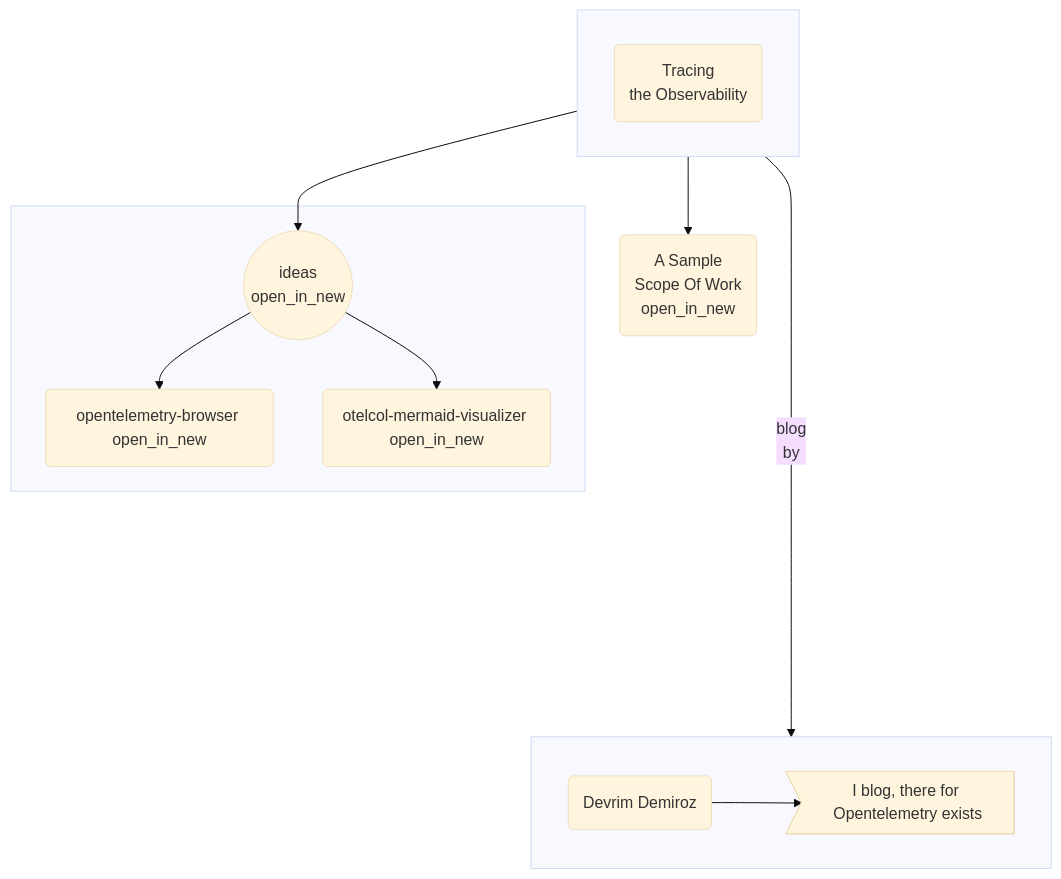
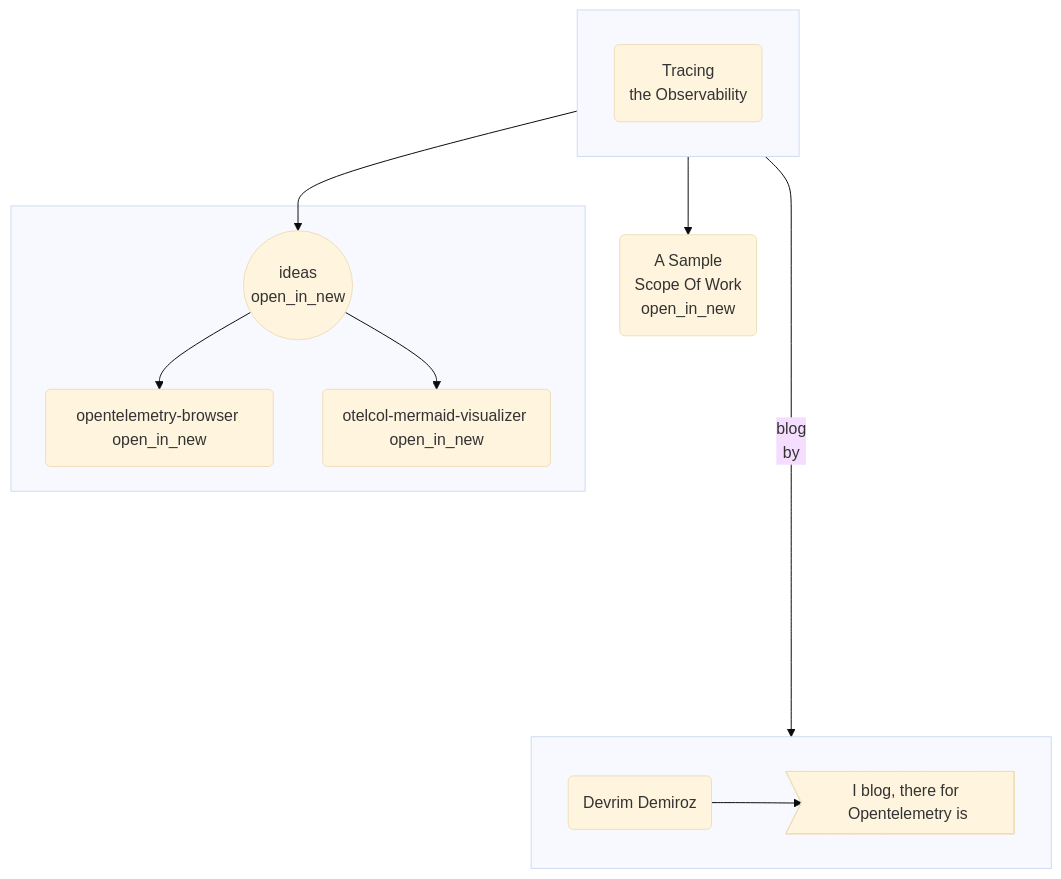
Before and after one commit to devrimdemiroz/devrimdemiroz.github.io: the diagram in docs/README.md, drawn with Mermaid (base theme).

````diff
--- a/docs/README.md
+++ b/docs/README.md
@@ -5,35 +5,35 @@
 ```mermaid
 flowchart TD
 
     direction LR
     
     subgraph blog[" "]
      direction LR
         TtO(Tracing <br/> the Observability)
     end
         
     
 
     blog ------->|blog <br/> by| by        
     
     subgraph s_ideas [" "]
 
         ideas(("ideas <br/> <span class='material-icons'>open_in_new</span>")) --> 
         opentelemetry-browser("opentelemetry-browser <span class='material-icons'>open_in_new</span>") & otelcol-mermaid-visualizer(otelcol-mermaid-visualizer <span class='material-icons'>open_in_new</span> )
     end
          
      subgraph by[" "]
             DD(Devrim Demiroz)
-            DD-->Descartes>I blog, there for Opentelemetry exists]
+            DD-->Descartes>I blog, there for Opentelemetry is]
      end
          
    TtO -->ideas & sow(A Sample <br/> Scope Of Work <br/><span class='material-icons'>open_in_new</span>)
    click sow "/#/ScopeOfWork";     
    click ideas "/#/Ideas";     
    click opentelemetry-browser "https://github.com/devrimdemiroz/opentelemetry-browser" "Open this in a new tab";     
    click otelcol-mermaid-visualizer "/#/ideas/otelcol-mermaid-visualizer";     
     
         
 
   
 ```
````
